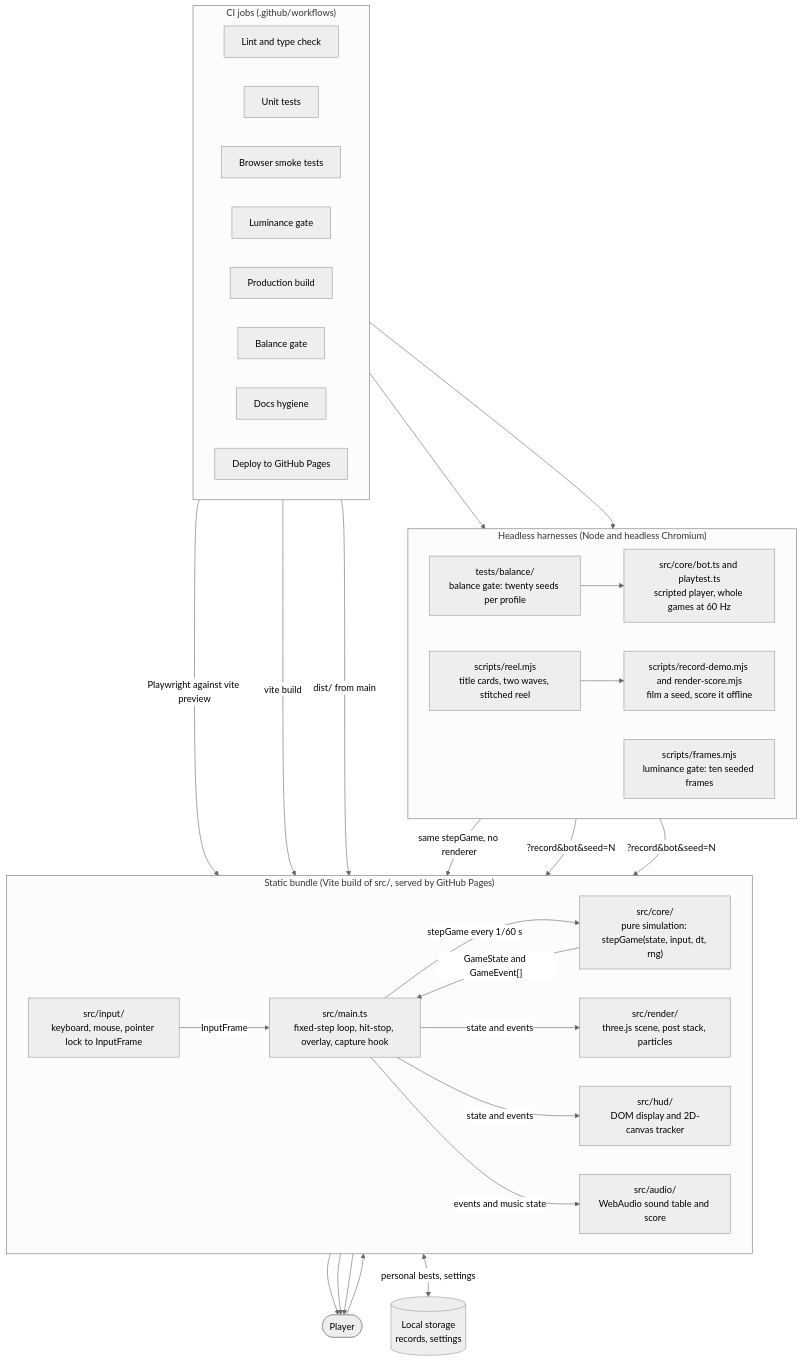
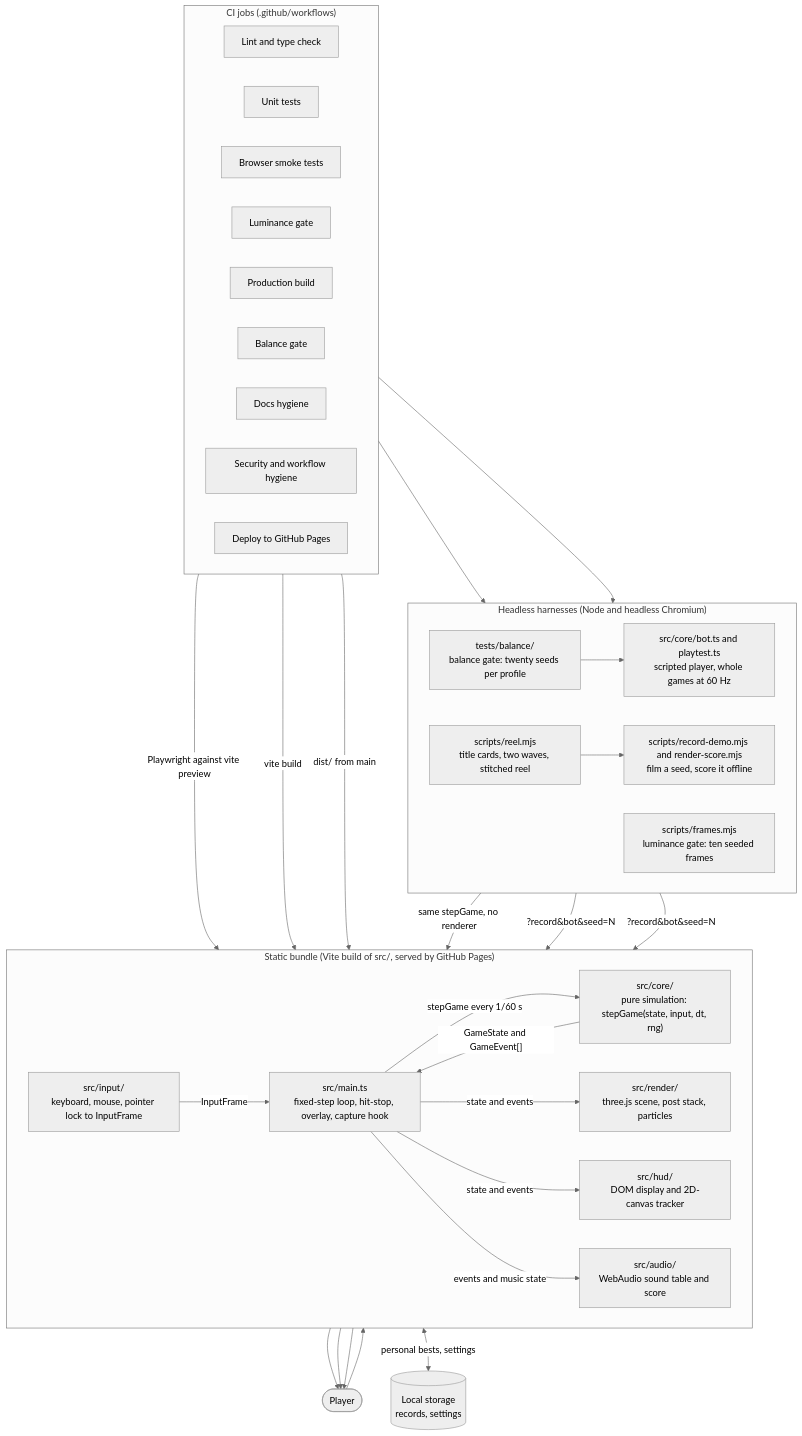
One commit to agh/ringfall changed the diagram in docs/architecture/diagrams/containers.mmd. Above: the diagram before and after it, drawn with Mermaid (neutral theme). The commit also changed 14 other files, not shown here.

First line of the commit message:
docs(architecture): regenerate against main's watcher, dispose and security job

```diff
--- a/docs/architecture/diagrams/containers.mmd
+++ b/docs/architecture/diagrams/containers.mmd
@@ -1,53 +1,54 @@
 %%{init: {"flowchart": {"curve": "basis"}} }%%
 flowchart TB
   player(["Player"])
   subgraph bundle["Static bundle (Vite build of src/, served by GitHub Pages)"]
     direction LR
     input["src/input/<br/>keyboard, mouse, pointer lock to InputFrame"]
     main["src/main.ts<br/>fixed-step loop, hit-stop, overlay, capture hook"]
     core["src/core/<br/>pure simulation: stepGame(state, input, dt, rng)"]
     render["src/render/<br/>three.js scene, post stack, particles"]
     hud["src/hud/<br/>DOM display and 2D-canvas tracker"]
     audio["src/audio/<br/>WebAudio sound table and score"]
   end
   storage[("Local storage<br/>records, settings")]
   subgraph headless["Headless harnesses (Node and headless Chromium)"]
     direction LR
     bot["src/core/bot.ts and playtest.ts<br/>scripted player, whole games at 60 Hz"]
     balance["tests/balance/<br/>balance gate: twenty seeds per profile"]
     frames["scripts/frames.mjs<br/>luminance gate: ten seeded frames"]
     recorder["scripts/record-demo.mjs and render-score.mjs<br/>film a seed, score it offline"]
     reel["scripts/reel.mjs<br/>title cards, two waves, stitched reel"]
   end
   subgraph ci["CI jobs (.github/workflows)"]
     direction LR
     lint["Lint and type check"]
     unit["Unit tests"]
     e2e["Browser smoke tests"]
     gate["Luminance gate"]
     build["Production build"]
     bal["Balance gate"]
     docs["Docs hygiene"]
+    security["Security and workflow hygiene"]
     deploy["Deploy to GitHub Pages"]
   end
   player --> input
   input -->|"InputFrame"| main
   main -->|"stepGame every 1/60 s"| core
   core -->|"GameState and GameEvent[]"| main
   main -->|"state and events"| render
   main -->|"state and events"| hud
   main -->|"events and music state"| audio
   render --> player
   hud --> player
   audio --> player
   main <-->|"personal bests, settings"| storage
   bot -->|"same stepGame, no renderer"| core
   balance --> bot
   recorder -->|"?record&bot&seed=N"| main
   frames -->|"?record&bot&seed=N"| main
   reel --> recorder
   bal --> balance
   gate --> frames
   e2e -->|"Playwright against vite preview"| bundle
   build -->|"vite build"| bundle
   deploy -->|"dist/ from main"| bundle
```
